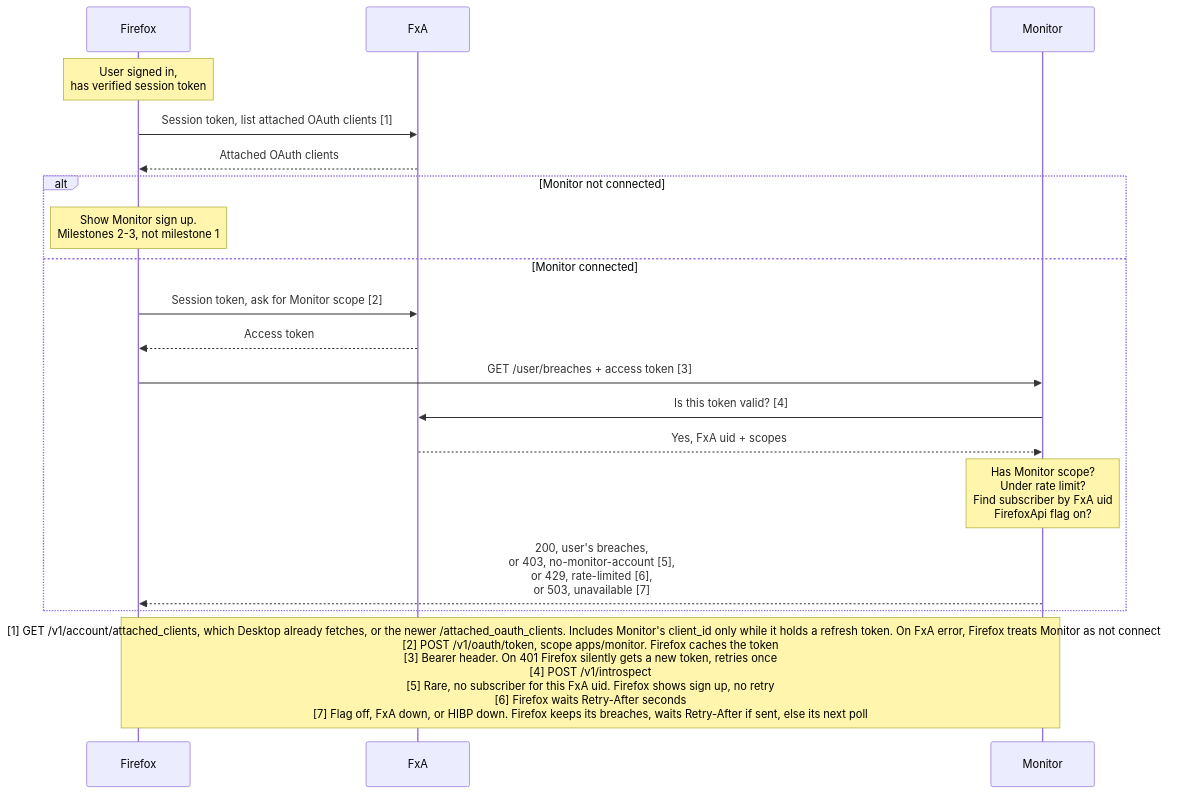
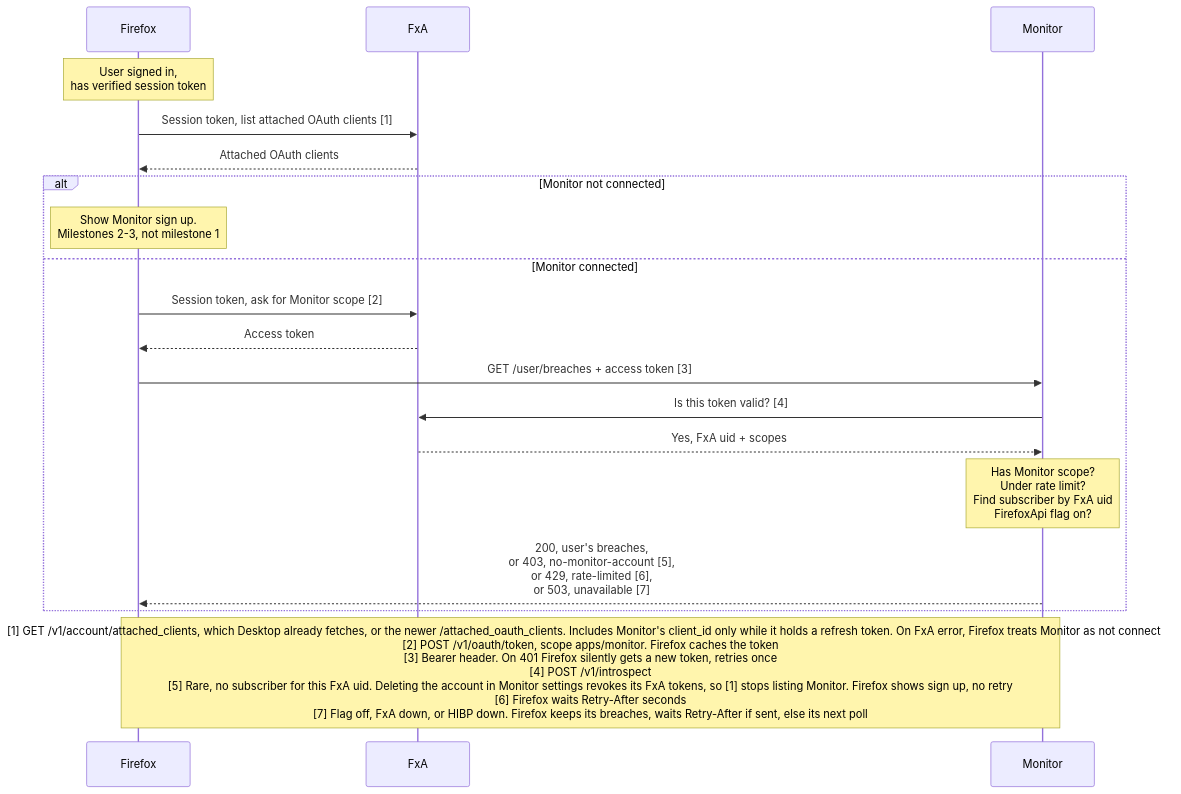
Before and after one commit to mozilla/blurts-server: the diagram in docs/architecture/flows/firefox-api-auth.md, drawn with Mermaid.

Commit message:
docs: note account deletion revokes FxA tokens

````diff
--- a/docs/architecture/flows/firefox-api-auth.md
+++ b/docs/architecture/flows/firefox-api-auth.md
@@ -43,23 +43,23 @@
 ```mermaid
 sequenceDiagram
     participant FE as Firefox
     participant FxA
     participant BE as Monitor
 
     Note over FE: User signed in,<br/>has verified session token
     FE->>FxA: Session token, list attached OAuth clients [1]
     FxA-->>FE: Attached OAuth clients
     alt Monitor not connected
         Note over FE: Show Monitor sign up.<br/>Milestones 2-3, not milestone 1
     else Monitor connected
         FE->>FxA: Session token, ask for Monitor scope [2]
         FxA-->>FE: Access token
         FE->>BE: GET /user/breaches + access token [3]
         BE->>FxA: Is this token valid? [4]
         FxA-->>BE: Yes, FxA uid + scopes
         Note over BE: Has Monitor scope?<br/>Under rate limit?<br/>Find subscriber by FxA uid<br/>FirefoxApi flag on?
         BE-->>FE: 200, user's breaches,<br/>or 403, no-monitor-account [5],<br/>or 429, rate-limited [6],<br/>or 503, unavailable [7]
     end
 
-    Note over FE,BE: [1] GET /v1/account/attached_clients, which Desktop already fetches, or the newer /attached_oauth_clients. Includes Monitor's client_id only while it holds a refresh token. On FxA error, Firefox treats Monitor as not connected<br/>[2] POST /v1/oauth/token, scope apps/monitor. Firefox caches the token<br/>[3] Bearer header. On 401 Firefox silently gets a new token, retries once<br/>[4] POST /v1/introspect<br/>[5] Rare, no subscriber for this FxA uid. Firefox shows sign up, no retry<br/>[6] Firefox waits Retry-After seconds<br/>[7] Flag off, FxA down, or HIBP down. Firefox keeps its breaches, waits Retry-After if sent, else its next poll
+    Note over FE,BE: [1] GET /v1/account/attached_clients, which Desktop already fetches, or the newer /attached_oauth_clients. Includes Monitor's client_id only while it holds a refresh token. On FxA error, Firefox treats Monitor as not connected<br/>[2] POST /v1/oauth/token, scope apps/monitor. Firefox caches the token<br/>[3] Bearer header. On 401 Firefox silently gets a new token, retries once<br/>[4] POST /v1/introspect<br/>[5] Rare, no subscriber for this FxA uid. Deleting the account in Monitor settings revokes its FxA tokens, so [1] stops listing Monitor. Firefox shows sign up, no retry<br/>[6] Firefox waits Retry-After seconds<br/>[7] Flag off, FxA down, or HIBP down. Firefox keeps its breaches, waits Retry-After if sent, else its next poll
 ```
````
